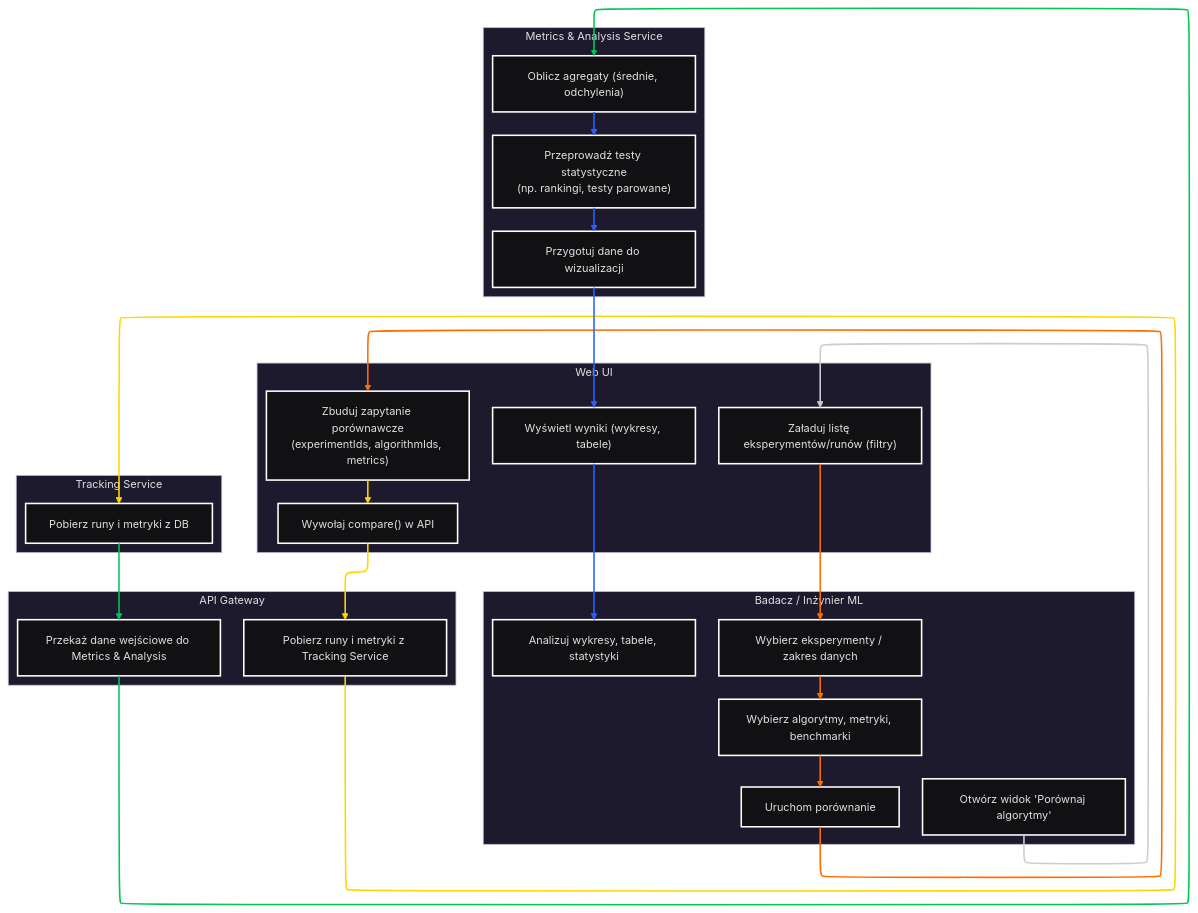
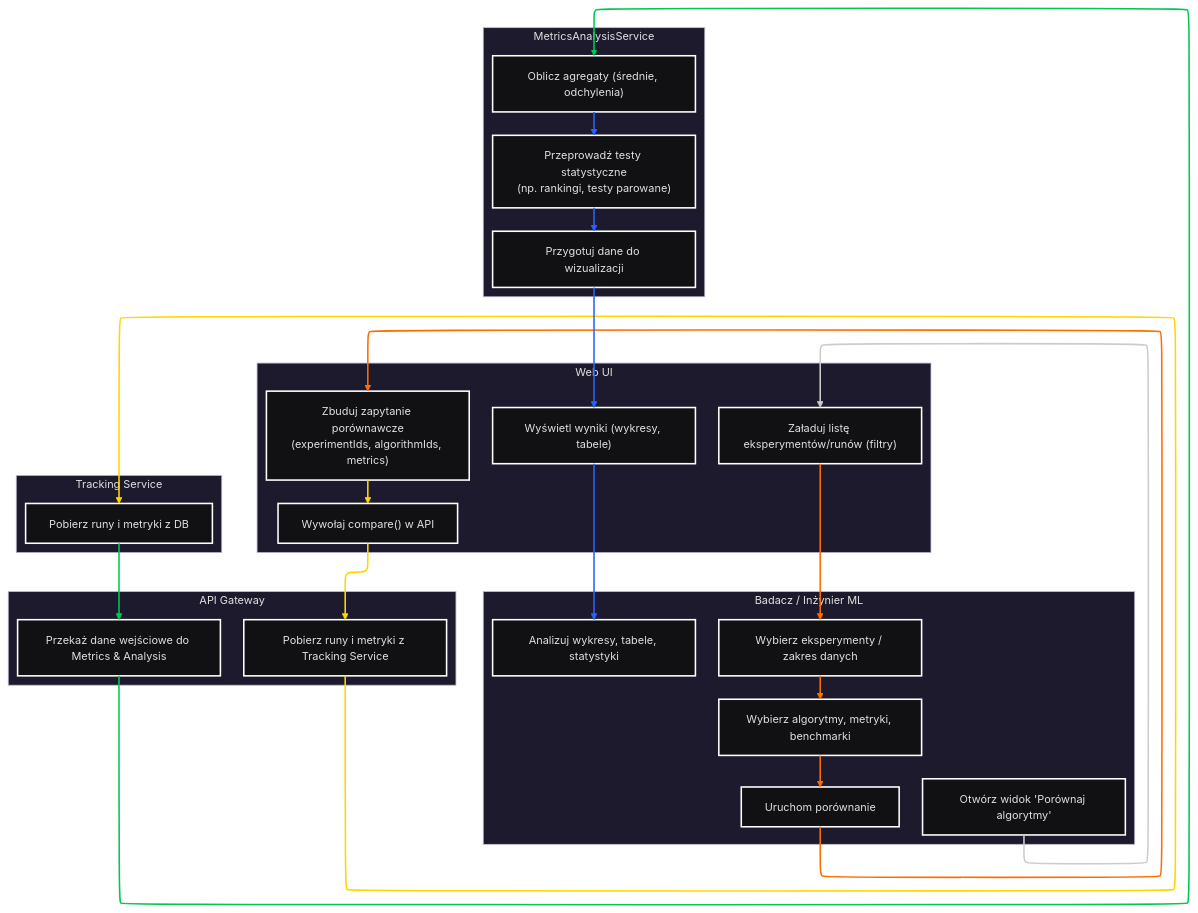
One commit to jedrzejpolaczek/aviarium.corvidae.corvus_corone changed diagram 16 of 35 in docs/system_c4_architecture.md. Above: the diagram before and after it, drawn with Mermaid. The commit also changed other lines of this file, not shown here.

````diff
--- a/docs/system_c4_architecture.md
+++ b/docs/system_c4_architecture.md
@@ -1346,61 +1740,61 @@
 ```mermaid
 ---
 config:
   layout: elk
   theme: redux-dark
 ---
 flowchart TB
  subgraph Swim_User["Badacz / Inżynier ML"]
         U1@{ label: "Otwórz widok 'Porównaj algorytmy'" }
         U2["Wybierz eksperymenty / zakres danych"]
         U3["Wybierz algorytmy, metryki, benchmarki"]
         U4["Uruchom porównanie"]
         U5["Analizuj wykresy, tabele, statystyki"]
   end
  subgraph Swim_UI["Web UI"]
         W1["Załaduj listę eksperymentów/runów (filtry)"]
         W2["Zbuduj zapytanie porównawcze\n(experimentIds, algorithmIds, metrics)"]
         W3["Wywołaj compare() w API"]
         W4["Wyświetl wyniki (wykresy, tabele)"]
   end
  subgraph Swim_API["API Gateway"]
         A1["Pobierz runy i metryki z Tracking Service"]
         A2["Przekaż dane wejściowe do Metrics & Analysis"]
   end
  subgraph Swim_TRK["Tracking Service"]
         T1["Pobierz runy i metryki z DB"]
   end
- subgraph Swim_ANAL["Metrics & Analysis Service"]
+ subgraph Swim_ANAL["MetricsAnalysisService"]
         M1["Oblicz agregaty (średnie, odchylenia)"]
         M2["Przeprowadź testy statystyczne\n(np. rankingi, testy parowane)"]
         M3["Przygotuj dane do wizualizacji"]
   end
     U1 --> W1
     W1 --> U2
     U2 --> U3
     U3 --> U4
     U4 --> W2
     W2 --> W3
     W3 --> A1
     A1 --> T1
     T1 --> A2
     A2 --> M1
     M1 --> M2
     M2 --> M3
     M3 --> W4
     W4 --> U5
     U1@{ shape: rect}
     linkStyle 1 stroke:#FF6D00,fill:none
     linkStyle 2 stroke:#FF6D00,fill:none
     linkStyle 3 stroke:#FF6D00,fill:none
     linkStyle 4 stroke:#FF6D00,fill:none
     linkStyle 5 stroke:#FFD600,fill:none
     linkStyle 6 stroke:#FFD600,fill:none
     linkStyle 7 stroke:#FFD600,fill:none
     linkStyle 8 stroke:#00C853,fill:none
     linkStyle 9 stroke:#00C853,fill:none
     linkStyle 10 stroke:#2962FF,fill:none
     linkStyle 11 stroke:#2962FF,fill:none
     linkStyle 12 stroke:#2962FF,fill:none
     linkStyle 13 stroke:#2962FF
 ```
````
